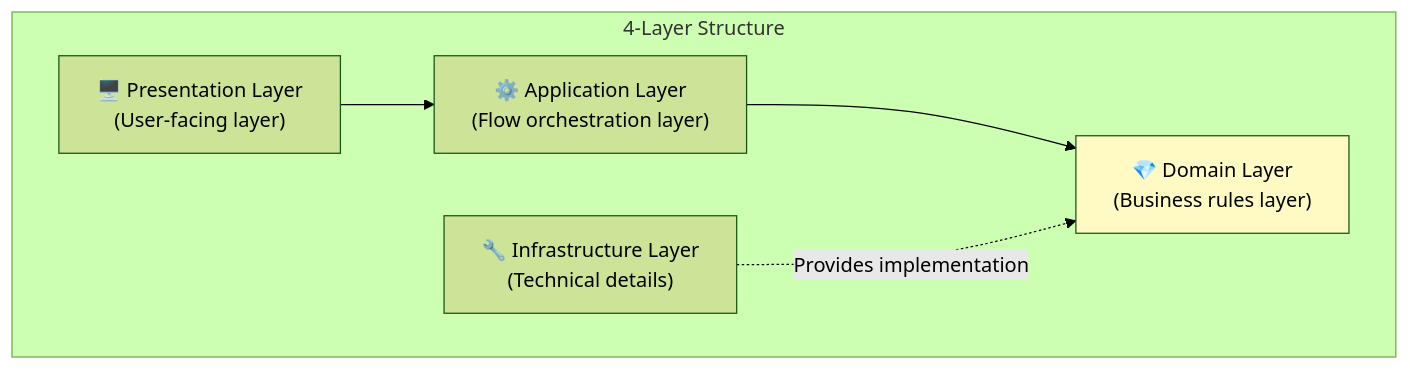
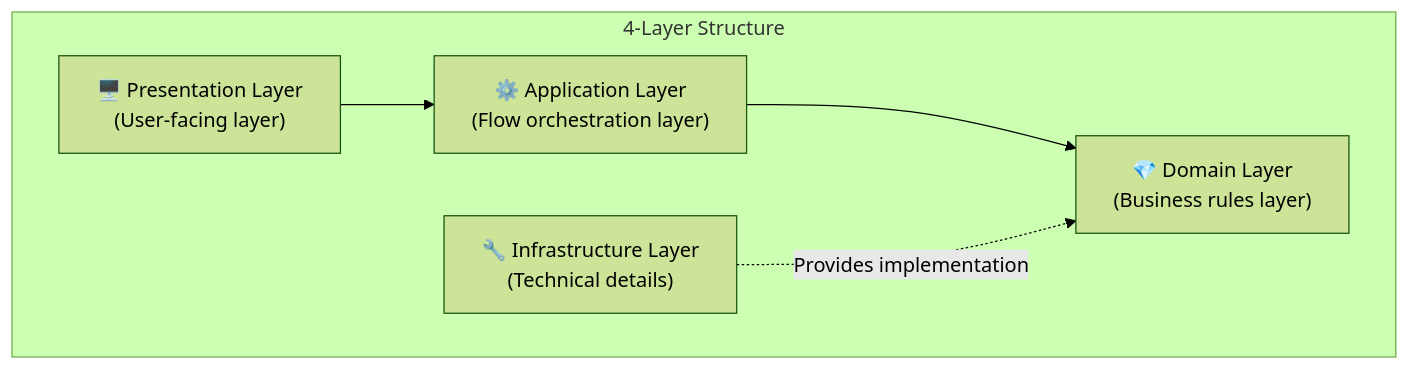
One commit to advanced-beginner/advanced-beginner.github.io changed the first of 5 diagrams in content/en/ddd/concepts/layered-architecture.md. Above: the diagram before and after it, drawn with Mermaid (forest theme). The commit also changed other lines of this file and 35 other files, not shown here.

First line of the commit message:
refactor: Mermaid 다이어그램 개선

````diff
--- a/content/en/ddd/concepts/layered-architecture.md
+++ b/content/en/ddd/concepts/layered-architecture.md
@@ -15,14 +15,12 @@
 ```mermaid
 flowchart TB
     subgraph Layers["4-Layer Structure"]
         P["🖥️ Presentation Layer<br/>(User-facing layer)"]
         A["⚙️ Application Layer<br/>(Flow orchestration layer)"]
         D["💎 Domain Layer<br/>(Business rules layer)"]
         I["🔧 Infrastructure Layer<br/>(Technical details)"]
     end
 
     P --> A --> D
     I -.->|"Provides implementation"| D
-
-    style D fill:#fff9c4
 ```
````
